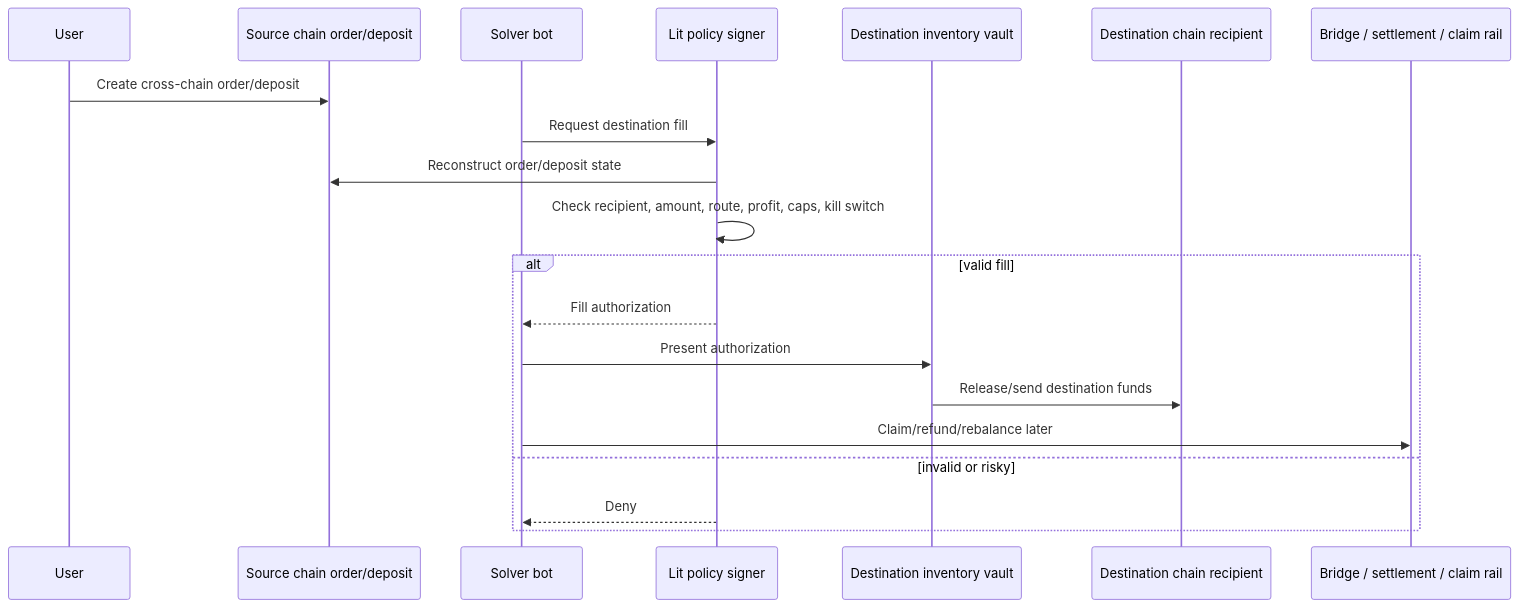
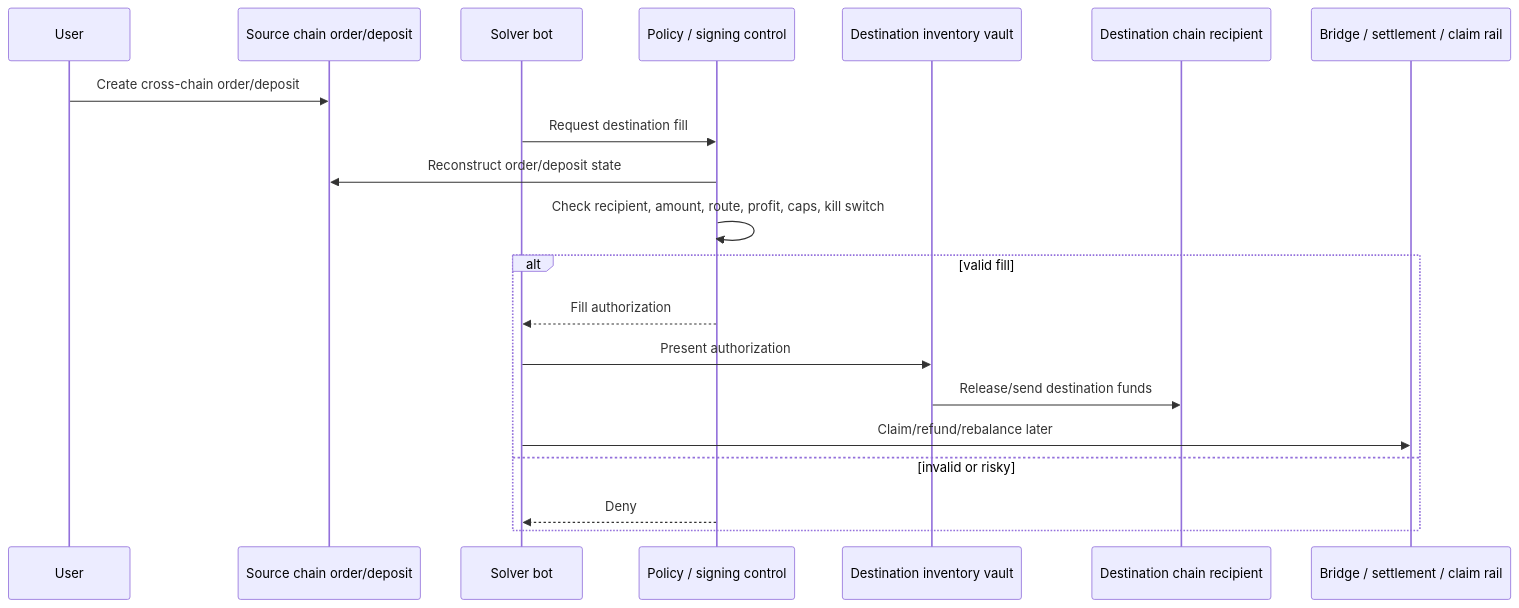
One commit to LIT-Protocol/chipotle changed the third of 6 diagrams in plans/cross-chain-solver-report.md. Above: the diagram before and after it, drawn with Mermaid. The commit also changed other lines of this file, not shown here.

Commit message:
docs: make solver report vendor-neutral

````diff
--- a/plans/cross-chain-solver-report.md
+++ b/plans/cross-chain-solver-report.md
@@ -405,23 +367,23 @@
 ```mermaid
 sequenceDiagram
   participant User
   participant Source as Source chain order/deposit
   participant SolverBot as Solver bot
-  participant Lit as Lit policy signer
+  participant Control as Policy / signing control
   participant Vault as Destination inventory vault
   participant Dest as Destination chain recipient
   participant Settle as Bridge / settlement / claim rail
 
   User->>Source: Create cross-chain order/deposit
-  SolverBot->>Lit: Request destination fill
-  Lit->>Source: Reconstruct order/deposit state
-  Lit->>Lit: Check recipient, amount, route, profit, caps, kill switch
+  SolverBot->>Control: Request destination fill
+  Control->>Source: Reconstruct order/deposit state
+  Control->>Control: Check recipient, amount, route, profit, caps, kill switch
   alt valid fill
-    Lit-->>SolverBot: Fill authorization
+    Control-->>SolverBot: Fill authorization
     SolverBot->>Vault: Present authorization
     Vault->>Dest: Release/send destination funds
     SolverBot->>Settle: Claim/refund/rebalance later
   else invalid or risky
-    Lit-->>SolverBot: Deny
+    Control-->>SolverBot: Deny
   end
 ```
````
